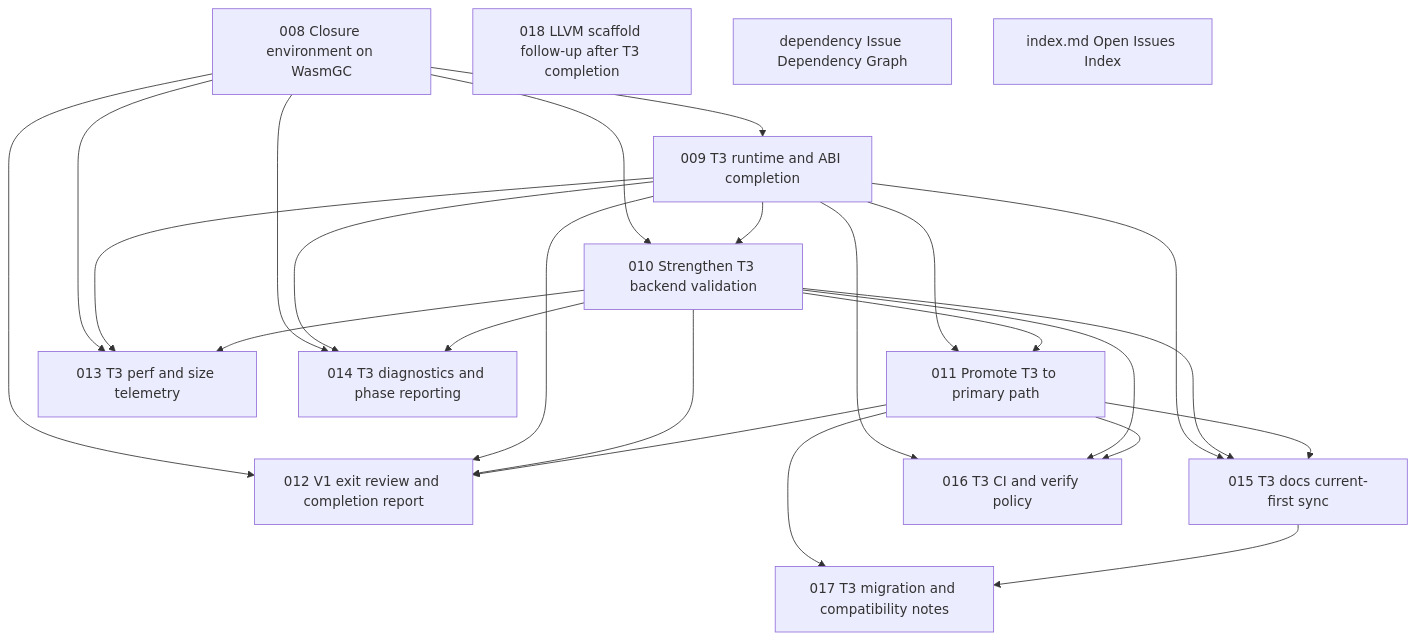
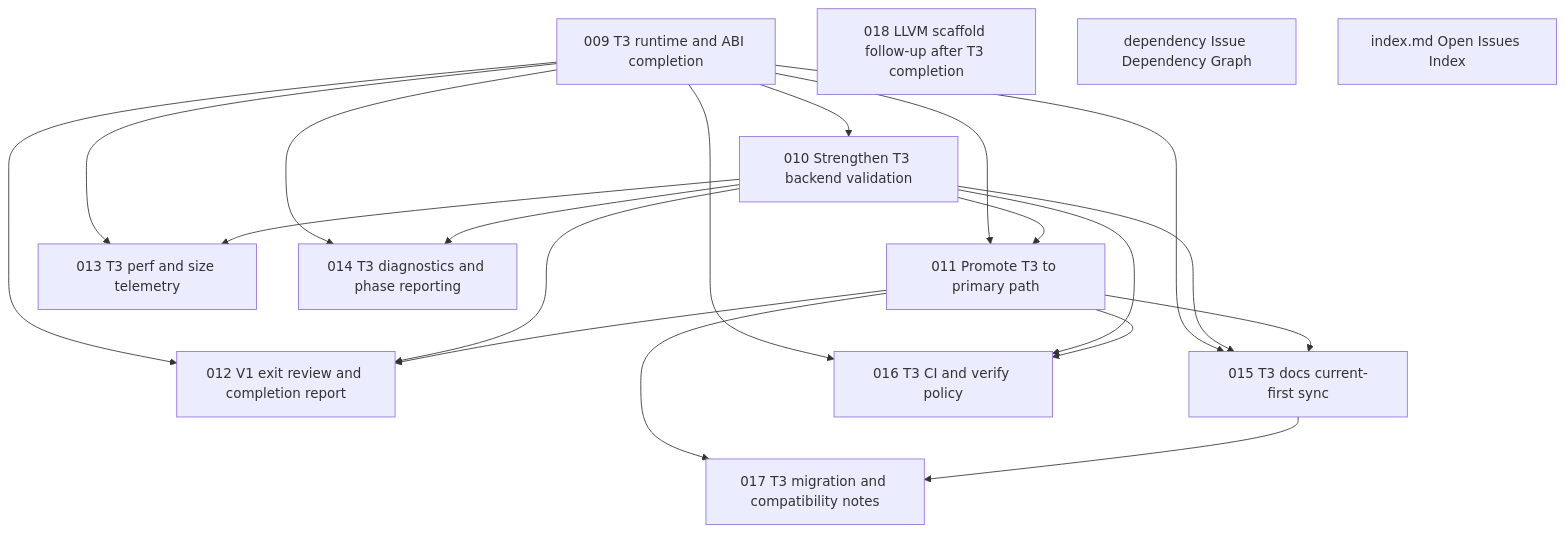
One commit to wogikaze/arukellt changed the diagram in issues/open/dependency-graph.md. Above: the diagram before and after it, drawn with Mermaid. The commit also changed other lines of this file and 3 other files, not shown here.

First line of the commit message:
008: Closure env on WasmGC — verified, documented closure model

````diff
--- a/issues/open/dependency-graph.md
+++ b/issues/open/dependency-graph.md
@@ -7,39 +7,33 @@
 ```mermaid
 graph TD
-  I008["008 Closure environment on WasmGC"]
+  I009["009 T3 runtime and ABI completion"]
   I018["018 LLVM scaffold follow-up after T3 completion"]
   Idependency["dependency Issue Dependency Graph"]
   Iindex.md["index.md Open Issues Index"]
-  I009["009 T3 runtime and ABI completion"]
   I010["010 Strengthen T3 backend validation"]
   I011["011 Promote T3 to primary path"]
   I013["013 T3 perf and size telemetry"]
   I014["014 T3 diagnostics and phase reporting"]
   I012["012 V1 exit review and completion report"]
   I015["015 T3 docs current-first sync"]
   I016["016 T3 CI and verify policy"]
   I017["017 T3 migration and compatibility notes"]
-  I008 --> I009
-  I008 --> I010
   I009 --> I010
   I009 --> I011
   I010 --> I011
-  I008 --> I013
   I009 --> I013
   I010 --> I013
-  I008 --> I014
   I009 --> I014
   I010 --> I014
-  I008 --> I012
   I009 --> I012
   I010 --> I012
   I011 --> I012
   I009 --> I015
   I010 --> I015
   I011 --> I015
   I009 --> I016
   I010 --> I016
   I011 --> I016
   I011 --> I017
   I015 --> I017
 ```
````
